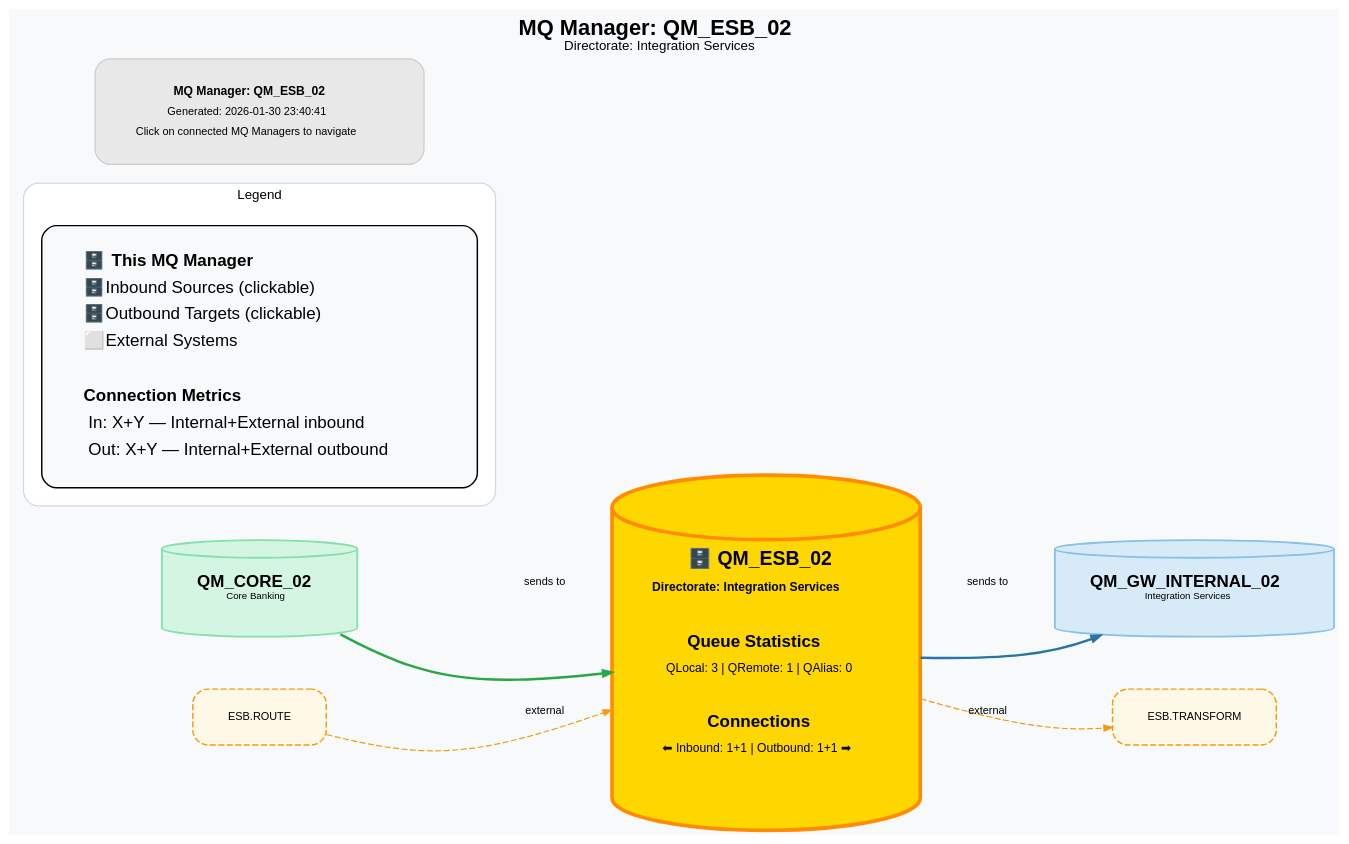
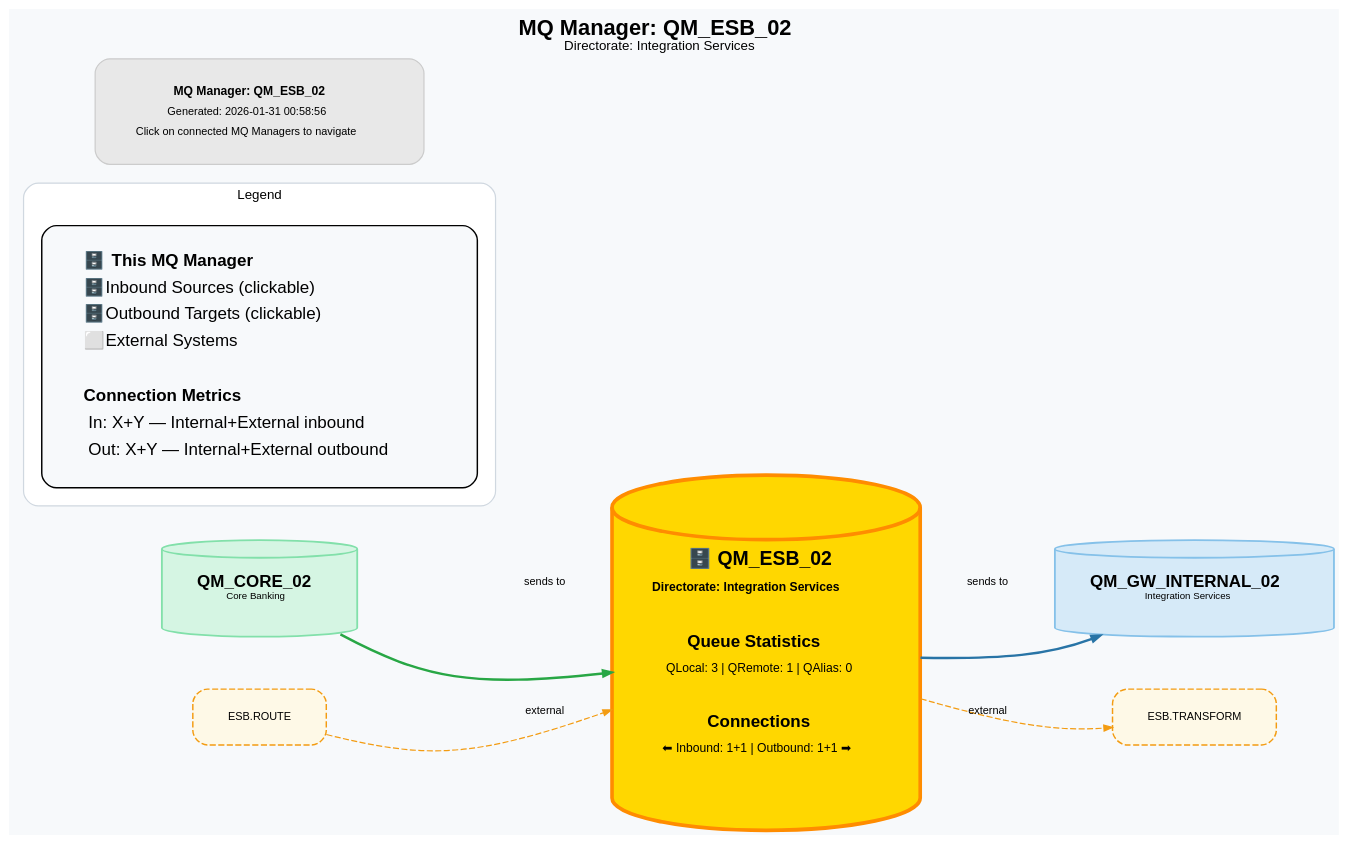
Before and after one commit to Samagoue/MQ_test1: the diagram in output/diagrams/individual/QM_ESB_02.dot, drawn with Graphviz. The commit also changed 53 other files, not shown here.

```diff
--- a/output/diagrams/individual/QM_ESB_02.dot
+++ b/output/diagrams/individual/QM_ESB_02.dot
@@ -1,82 +1,82 @@
 digraph MQ_QM_ESB_02 {
     rankdir=LR fontname="Helvetica" bgcolor="#f7f9fb"
     splines=curved nodesep=0.6 ranksep=1.0
 
     labelloc="t"
     label=<<b>MQ Manager: QM_ESB_02</b><br/><font point-size='11'>Directorate: Integration Services</font>>
     fontsize=18
 
     node [fontname="Helvetica" margin="0.40,0.25" penwidth=1.2]
     edge [fontname="Helvetica" fontsize=9 arrowsize=0.7]
 
     QM_ESB_02 [
         shape=cylinder style="filled"
         fillcolor="#ffd700" color="#ff8c00" penwidth=3.0
         fontcolor="#000000"
         label=<
             <table border="0" cellborder="0" cellspacing="0" cellpadding="4">
                 <tr><td align="center"><b><font point-size='16'>🗄️ QM_ESB_02</font></b></td></tr>
                 <tr><td align="center"><font point-size="10"><b>Directorate: Integration Services</b></font></td></tr>
                 <tr><td><br/></td></tr>
                 <tr><td align="center"><b>Queue Statistics</b></td></tr>
                 <tr><td align="center"><font point-size="10">QLocal: 3 | QRemote: 1 | QAlias: 0</font></td></tr>
                 <tr><td><br/></td></tr>
                 <tr><td align="center"><b>Connections</b></td></tr>
                 <tr><td align="center"><font point-size="10">⬅ Inbound: 1+1 | Outbound: 1+1 ➡</font></td></tr>
             </table>
         >
     ]
 
     /* Inbound MQ Managers */
     QM_CORE_02 [shape=cylinder style="filled" fillcolor="#d5f5e3" color="#82e0aa" penwidth=1.5
         URL="QM_CORE_02.svg" target="_blank" tooltip="Click to view QM_CORE_02 details"
         label=<<b>QM_CORE_02</b><br/><font point-size='8'>Core Banking</font>>]
     QM_CORE_02 -> QM_ESB_02 [color="#28a745" penwidth=2.0 label="sends to"]
 
     /* Outbound MQ Managers */
     QM_GW_INTERNAL_02 [shape=cylinder style="filled" fillcolor="#d6eaf8" color="#85c1e9" penwidth=1.5
         URL="QM_GW_INTERNAL_02.svg" target="_blank" tooltip="Click to view QM_GW_INTERNAL_02 details"
         label=<<b>QM_GW_INTERNAL_02</b><br/><font point-size='8'>Integration Services</font>>]
     QM_ESB_02 -> QM_GW_INTERNAL_02 [color="#2874a6" penwidth=2.0 label="sends to"]
 
     /* External Inbound */
     ext_in_0_ESB_ROUTE [shape=box style="rounded,filled,dashed" fillcolor="#fef9e7" color="#f39c12" label="ESB.ROUTE" fontsize=9]
     ext_in_0_ESB_ROUTE -> QM_ESB_02 [color="#f39c12" style=dashed label="external"]
     /* External Outbound */
     ext_out_0_ESB_TRANSFORM [shape=box style="rounded,filled,dashed" fillcolor="#fef9e7" color="#f39c12" label="ESB.TRANSFORM" fontsize=9]
     QM_ESB_02 -> ext_out_0_ESB_TRANSFORM [color="#f39c12" style=dashed label="external"]
 
     subgraph cluster_legend {
         label="Legend" style="rounded,filled" fillcolor="#ffffff" color="#d0d8e0" fontsize=11 margin=15
 
         legend_item [shape=box style="rounded,filled" fillcolor="#f7f9fb"
             label=<
                 <table border="0" cellborder="0" cellspacing="3" cellpadding="2">
                     <tr><td align="left"><font color="#ff8c00">🗄️</font> <b>This MQ Manager</b></td></tr>
                     <tr><td align="left"><font color="#28a745">🗄️</font> Inbound Sources (clickable)</td></tr>
                     <tr><td align="left"><font color="#2874a6">🗄️</font> Outbound Targets (clickable)</td></tr>
                     <tr><td align="left"><font color="#f39c12">⬜</font> External Systems</td></tr>
                     <tr><td><br/></td></tr>
                     <tr><td align="left"><b>Connection Metrics</b></td></tr>
                     <tr><td align="left">  In: X+Y — Internal+External inbound</td></tr>
                     <tr><td align="left">  Out: X+Y — Internal+External outbound</td></tr>
                 </table>
             >
         ]
     }
 
     /* Footer */
     footer [
         shape=box
         style="rounded,filled"
         fillcolor="#e8e8e8"
         color="#cccccc"
         penwidth=1
         fontsize=10
         label=<<table border="0" cellborder="0" cellspacing="2" cellpadding="2">
             <tr><td align="center"><b>MQ Manager: QM_ESB_02</b></td></tr>
-            <tr><td align="center"><font point-size="9">Generated: 2026-01-30 23:40:41</font></td></tr>
+            <tr><td align="center"><font point-size="9">Generated: 2026-01-31 00:58:56</font></td></tr>
             <tr><td align="center"><font point-size="9">Click on connected MQ Managers to navigate</font></td></tr>
         </table>>
     ]
 }
```
